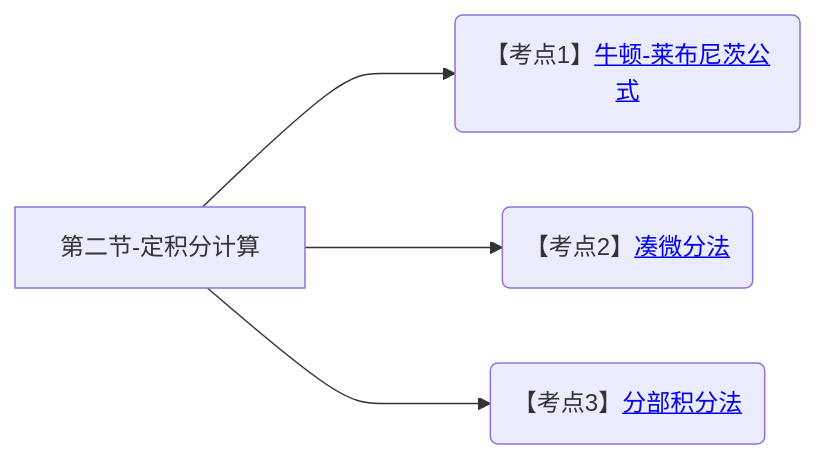
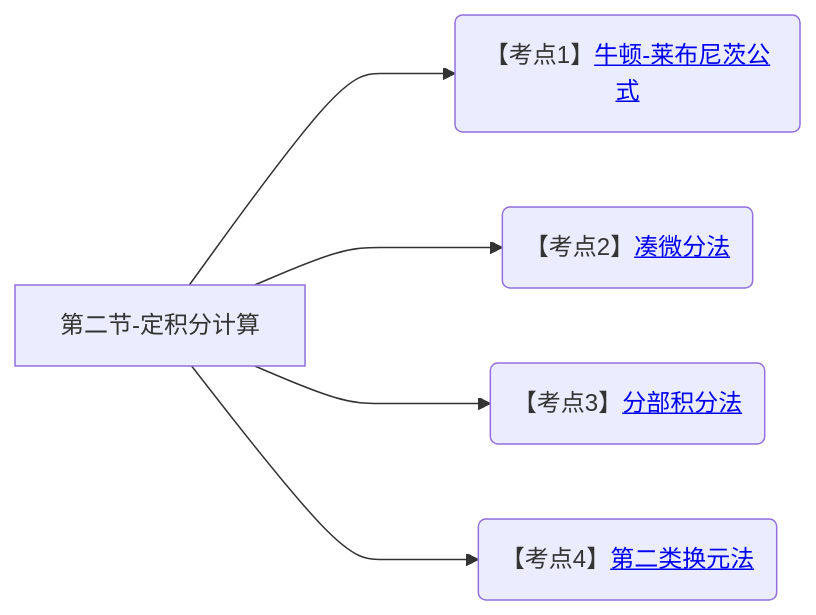
Diagram 20 of 20 in 笔记/数学/周洋鑫/01.基础班思维导图.md (yuebinghui/note), drawn with Mermaid before and after one commit. The commit also changed 5 other files, not shown here.

````diff
--- a/笔记/数学/周洋鑫/01.基础班思维导图.md
+++ b/笔记/数学/周洋鑫/01.基础班思维导图.md
@@ -757,10 +757,11 @@
 ```mermaid
 graph LR
 第二节-定积分计算
 
 第二节-定积分计算--->牛顿-莱布尼茨公式(【考点1】<a href="/Users/yuebinghui/Documents/program/github/note/笔记/数学/周洋鑫/基础班/23.定积分的计算.md#牛顿-莱布尼茨公式">牛顿-莱布尼茨公式</>)
 第二节-定积分计算--->凑微分法(【考点2】<a href="/Users/yuebinghui/Documents/program/github/note/笔记/数学/周洋鑫/基础班/23.定积分的计算.md#凑微分法">凑微分法</>)
 第二节-定积分计算--->分部积分法(【考点3】<a href="/Users/yuebinghui/Documents/program/github/note/笔记/数学/周洋鑫/基础班/23.定积分的计算.md#分部积分法">分部积分法</>)
+第二节-定积分计算--->第二类换元法(【考点4】<a href="/Users/yuebinghui/Documents/program/github/note/笔记/数学/周洋鑫/基础班/23.定积分的计算.md#第二类换元法">第二类换元法</>)
 
 
 ```
````
